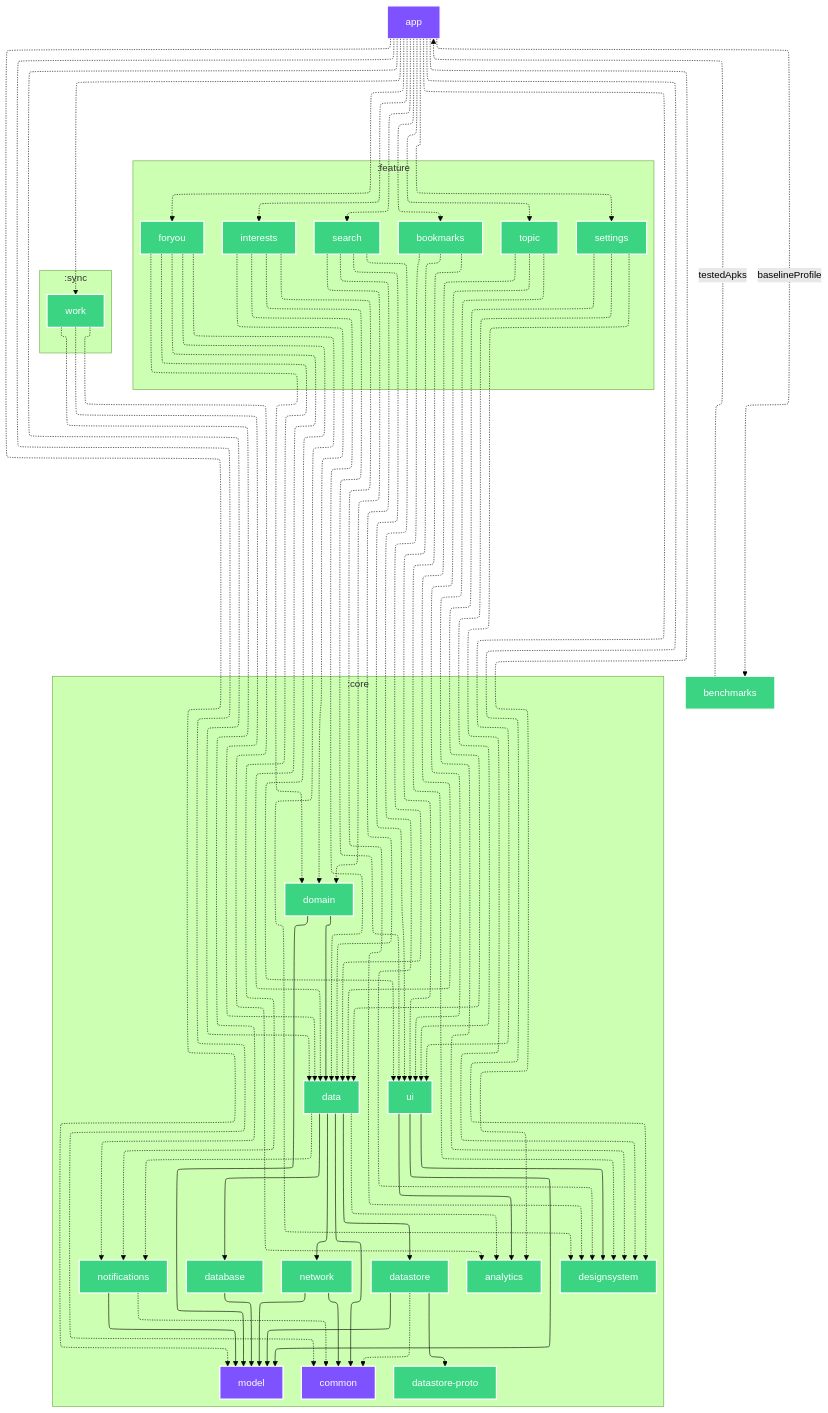
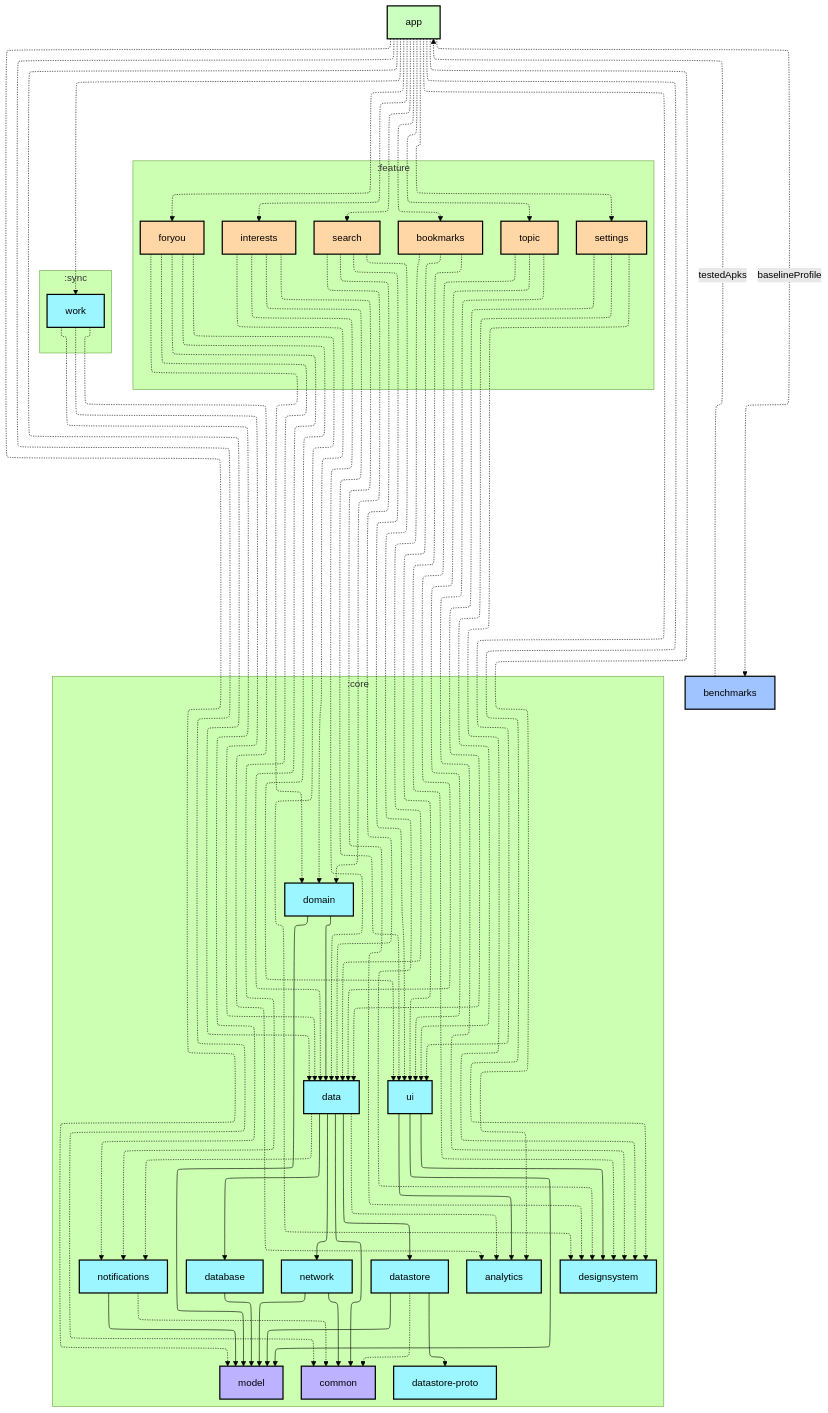
The diagram in benchmarks/README.md (android/nowinandroid), drawn with Mermaid (forest theme) before and after one commit. The commit also changed other lines of this file and 28 other files, not shown here.

````diff
--- a/benchmarks/README.md
+++ b/benchmarks/README.md
@@ -12,26 +14,26 @@
   subgraph :core
     direction TB
     :core:analytics[analytics]:::android-library
-    :core:common[common]:::jvm
+    :core:common[common]:::jvm-library
     :core:data[data]:::android-library
     :core:database[database]:::android-library
     :core:datastore[datastore]:::android-library
     :core:datastore-proto[datastore-proto]:::android-library
     :core:designsystem[designsystem]:::android-library
     :core:domain[domain]:::android-library
-    :core:model[model]:::jvm
+    :core:model[model]:::jvm-library
     :core:network[network]:::android-library
     :core:notifications[notifications]:::android-library
     :core:ui[ui]:::android-library
   end
   subgraph :feature
     direction TB
-    :feature:bookmarks[bookmarks]:::android-library
-    :feature:foryou[foryou]:::android-library
-    :feature:interests[interests]:::android-library
-    :feature:search[search]:::android-library
-    :feature:settings[settings]:::android-library
-    :feature:topic[topic]:::android-library
+    :feature:bookmarks[bookmarks]:::android-feature
+    :feature:foryou[foryou]:::android-feature
+    :feature:interests[interests]:::android-feature
+    :feature:search[search]:::android-feature
+    :feature:settings[settings]:::android-feature
+    :feature:topic[topic]:::android-feature
   end
   subgraph :sync
     direction TB
@@ -100,9 +102,10 @@
   :sync:work -.-> :core:data
   :sync:work -.-> :core:notifications
 
-classDef android-application fill:#7F52FF,stroke:#fff,stroke-width:2px,color:#fff;
-classDef android-library fill:#3BD482,stroke:#fff,stroke-width:2px,color:#fff;
-classDef android-test fill:#3BD482,stroke:#fff,stroke-width:2px,color:#fff;
-classDef jvm fill:#7F52FF,stroke:#fff,stroke-width:2px,color:#fff;
-classDef unknown fill:#FF0000,stroke:#fff,stroke-width:2px,color:#fff;
+classDef android-application fill:#CAFFBF,stroke:#000,stroke-width:2px,color:#000;
+classDef android-feature fill:#FFD6A5,stroke:#000,stroke-width:2px,color:#000;
+classDef android-library fill:#9BF6FF,stroke:#000,stroke-width:2px,color:#000;
+classDef android-test fill:#A0C4FF,stroke:#000,stroke-width:2px,color:#000;
+classDef jvm-library fill:#BDB2FF,stroke:#000,stroke-width:2px,color:#000;
+classDef unknown fill:#FFADAD,stroke:#000,stroke-width:2px,color:#000;
 ```
````
